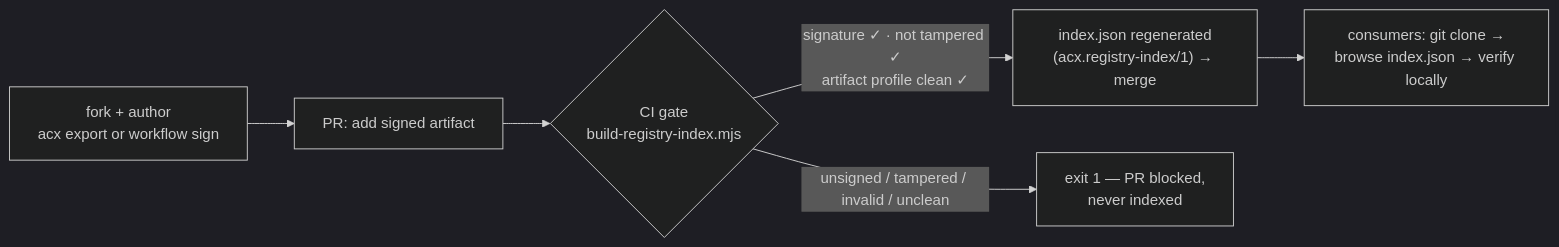
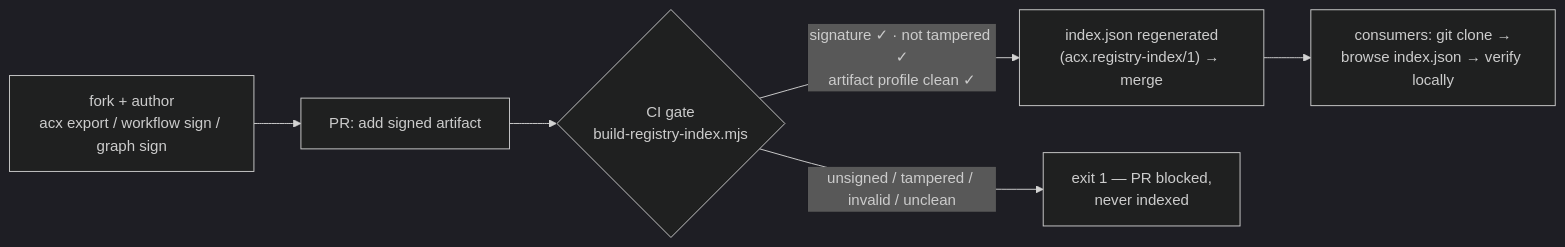
Before and after one commit to lboel/acx: the diagram in docs-site/docs/lifecycle/sharing-git.md, drawn with Mermaid (dark theme). The commit also changed other lines of this file and 49 other files, not shown here.

Commit message:
feat(acx): add signed agent information graphs

````diff
--- a/docs-site/docs/lifecycle/sharing-git.md
+++ b/docs-site/docs/lifecycle/sharing-git.md
@@ -158,8 +201,8 @@
 ```mermaid
 flowchart LR
-    A["fork + author<br/>acx export or workflow sign"] --> B["PR: add signed artifact"]
+    A["fork + author<br/>acx export / workflow sign / graph sign"] --> B["PR: add signed artifact"]
     B --> C{"CI gate<br/>build-registry-index.mjs"}
     C -- "signature ✓ · not tampered ✓<br/>artifact profile clean ✓" --> D["index.json regenerated<br/>(acx.registry-index/1) → merge"]
     C -- "unsigned / tampered / invalid / unclean" --> E["exit 1 — PR blocked,<br/>never indexed"]
     D --> F["consumers: git clone →<br/>browse index.json → verify locally"]
 ```
````
